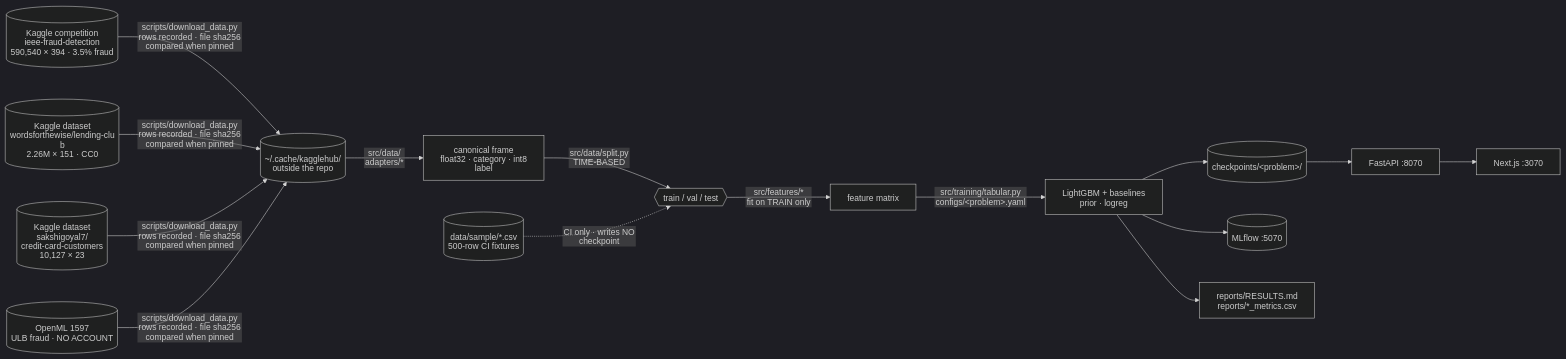
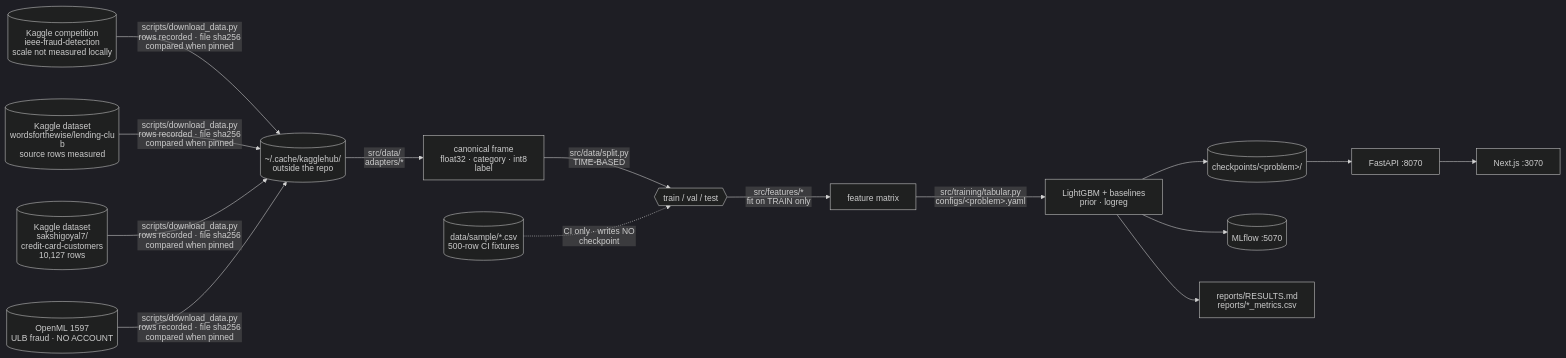
One commit to armandogon94/Portfolio-ML-System changed the third of 3 diagrams in README.md. Above: the diagram before and after it, drawn with Mermaid (dark theme). The commit also changed other lines of this file and 49 other files, not shown here.

````diff
--- a/README.md
+++ b/README.md
@@ -172,18 +182,18 @@
 ```mermaid
 %%{init: {'htmlLabels': false, 'fontFamily': 'arial, helvetica, sans-serif', 'flowchart': {'htmlLabels': false, 'padding': 16, 'nodeSpacing': 60, 'rankSpacing': 70, 'useMaxWidth': true}}}%%
 flowchart LR
-    K1[("Kaggle competition<br/>ieee-fraud-detection<br/>590,540 × 394 · 3.5% fraud")]
-    K2[("Kaggle dataset<br/>wordsforthewise/lending-club<br/>2.26M × 151 · CC0")]
-    K3[("Kaggle dataset<br/>sakshigoyal7/<br/>credit-card-customers<br/>10,127 × 23")]
+    K1[("Kaggle competition<br/>ieee-fraud-detection<br/>scale not measured locally")]
+    K2[("Kaggle dataset<br/>wordsforthewise/lending-club<br/>source rows measured")]
+    K3[("Kaggle dataset<br/>sakshigoyal7/<br/>credit-card-customers<br/>10,127 rows")]
     OML[("OpenML 1597<br/>ULB fraud · NO ACCOUNT")]
     K1 & K2 & K3 & OML -->|"scripts/download_data.py<br/>rows recorded · file sha256<br/>compared when pinned"| C[("~/.cache/kagglehub/<br/>outside the repo")]
     C -->|"src/data/<br/>adapters/*"| P["canonical frame<br/>float32 · category · int8 label"]
     P -->|"src/data/split.py<br/>TIME-BASED"| T{{"train / val / test"}}
     T -->|"src/features/*<br/>fit on TRAIN only"| X["feature matrix"]
     X -->|"src/training/tabular.py<br/>configs/&lt;problem&gt;.yaml"| MDL["LightGBM + baselines<br/>prior · logreg"]
     MDL --> CK[("checkpoints/&lt;problem&gt;/")]
     MDL --> ML[("MLflow :5070")]
     MDL --> RES["reports/RESULTS.md<br/>reports/*_metrics.csv"]
     CK --> API["FastAPI :8070"] --> WEB["Next.js :3070"]
     SMP[("data/sample/*.csv<br/>500-row CI fixtures")] -.->|"CI only · writes NO checkpoint"| T
 ```
````
